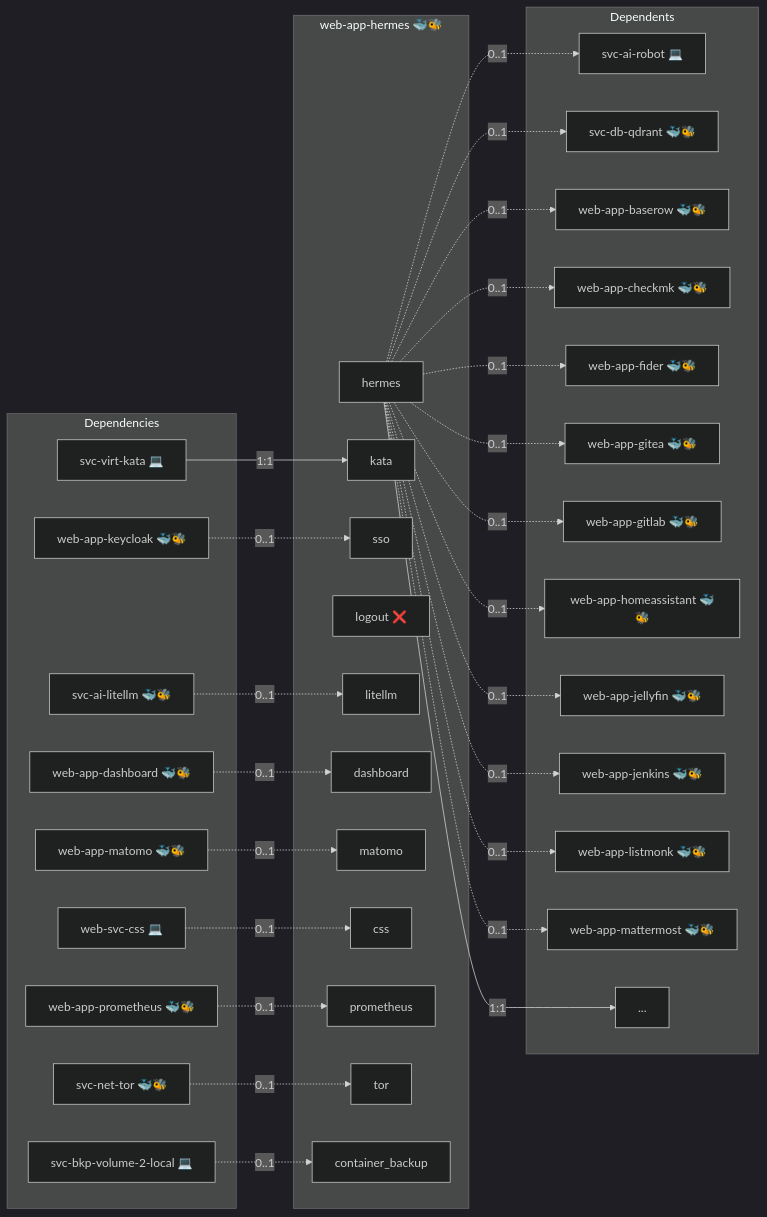
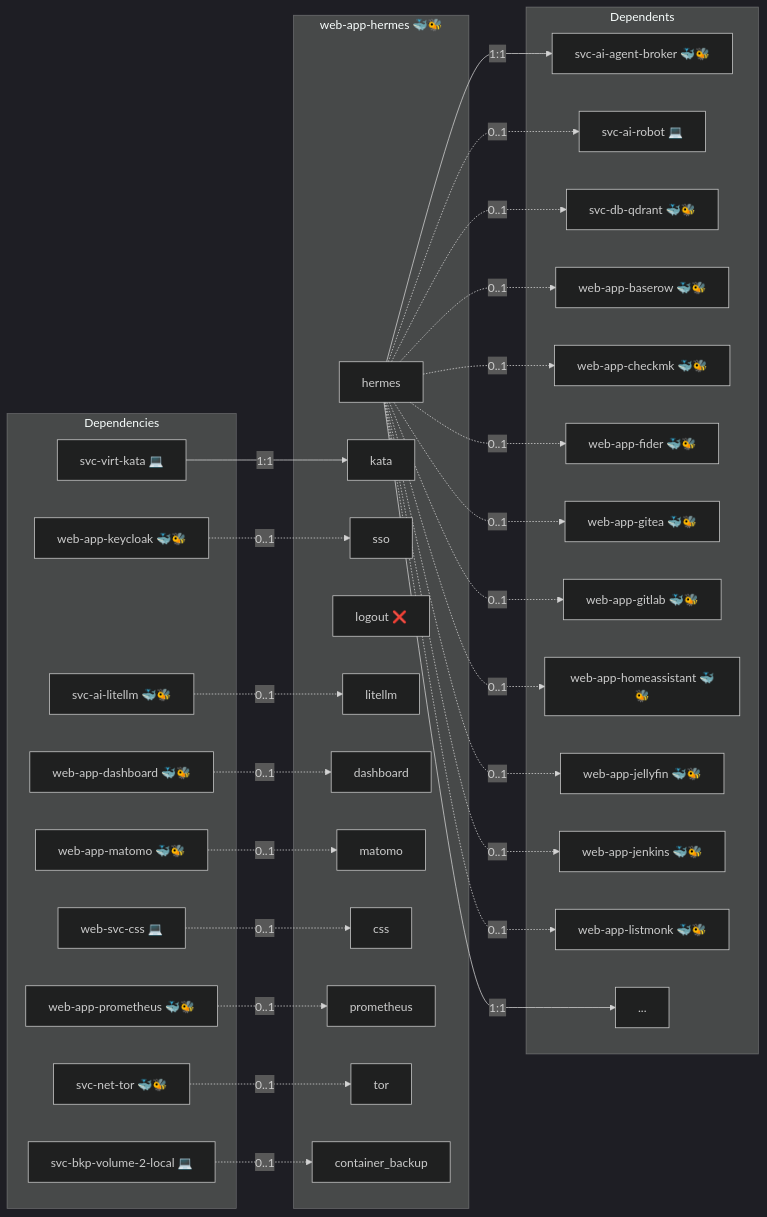
Before and after one commit to infinito-nexus/core: the diagram in roles/web-app-hermes/README.md, drawn with Mermaid (dark theme). The commit also changed 5 other files, not shown here.

````diff
--- a/roles/web-app-hermes/README.md
+++ b/roles/web-app-hermes/README.md
@@ -15,64 +15,64 @@
 ```mermaid
 flowchart LR
     subgraph deps [Dependencies]
         dep_svc_ai_litellm["svc-ai-litellm 🐳🐝"]
         dep_svc_bkp_volume_2_local["svc-bkp-volume-2-local 💻"]
         dep_svc_net_tor["svc-net-tor 🐳🐝"]
         dep_svc_virt_kata["svc-virt-kata 💻"]
         dep_web_app_dashboard["web-app-dashboard 🐳🐝"]
         dep_web_app_keycloak["web-app-keycloak 🐳🐝"]
         dep_web_app_matomo["web-app-matomo 🐳🐝"]
         dep_web_app_prometheus["web-app-prometheus 🐳🐝"]
         dep_web_svc_css["web-svc-css 💻"]
     end
     subgraph role [web-app-hermes 🐳🐝]
         svc_hermes["hermes"]
         svc_kata["kata"]
         svc_sso["sso"]
         svc_logout["logout ❌"]
         svc_litellm["litellm"]
         svc_dashboard["dashboard"]
         svc_matomo["matomo"]
         svc_css["css"]
         svc_prometheus["prometheus"]
         svc_tor["tor"]
         svc_container_backup["container_backup"]
     end
     subgraph dependents [Dependents]
+        dpt_svc_ai_agent_broker["svc-ai-agent-broker 🐳🐝"]
         dpt_svc_ai_robot["svc-ai-robot 💻"]
         dpt_svc_db_qdrant["svc-db-qdrant 🐳🐝"]
         dpt_web_app_baserow["web-app-baserow 🐳🐝"]
         dpt_web_app_checkmk["web-app-checkmk 🐳🐝"]
         dpt_web_app_fider["web-app-fider 🐳🐝"]
         dpt_web_app_gitea["web-app-gitea 🐳🐝"]
         dpt_web_app_gitlab["web-app-gitlab 🐳🐝"]
         dpt_web_app_homeassistant["web-app-homeassistant 🐳🐝"]
         dpt_web_app_jellyfin["web-app-jellyfin 🐳🐝"]
         dpt_web_app_jenkins["web-app-jenkins 🐳🐝"]
         dpt_web_app_listmonk["web-app-listmonk 🐳🐝"]
-        dpt_web_app_mattermost["web-app-mattermost 🐳🐝"]
         dpt_more["..."]
     end
     dep_svc_ai_litellm -. "0..1" .-> svc_litellm
     dep_svc_bkp_volume_2_local -. "0..1" .-> svc_container_backup
     dep_svc_net_tor -. "0..1" .-> svc_tor
     dep_svc_virt_kata -- "1:1" --> svc_kata
     dep_web_app_dashboard -. "0..1" .-> svc_dashboard
     dep_web_app_keycloak -. "0..1" .-> svc_sso
     dep_web_app_matomo -. "0..1" .-> svc_matomo
     dep_web_app_prometheus -. "0..1" .-> svc_prometheus
     dep_web_svc_css -. "0..1" .-> svc_css
     svc_hermes -- "1:1" --> dpt_more
+    svc_hermes -- "1:1" --> dpt_svc_ai_agent_broker
     svc_hermes -. "0..1" .-> dpt_svc_ai_robot
     svc_hermes -. "0..1" .-> dpt_svc_db_qdrant
     svc_hermes -. "0..1" .-> dpt_web_app_baserow
     svc_hermes -. "0..1" .-> dpt_web_app_checkmk
     svc_hermes -. "0..1" .-> dpt_web_app_fider
     svc_hermes -. "0..1" .-> dpt_web_app_gitea
     svc_hermes -. "0..1" .-> dpt_web_app_gitlab
     svc_hermes -. "0..1" .-> dpt_web_app_homeassistant
     svc_hermes -. "0..1" .-> dpt_web_app_jellyfin
     svc_hermes -. "0..1" .-> dpt_web_app_jenkins
     svc_hermes -. "0..1" .-> dpt_web_app_listmonk
-    svc_hermes -. "0..1" .-> dpt_web_app_mattermost
 ```
````
